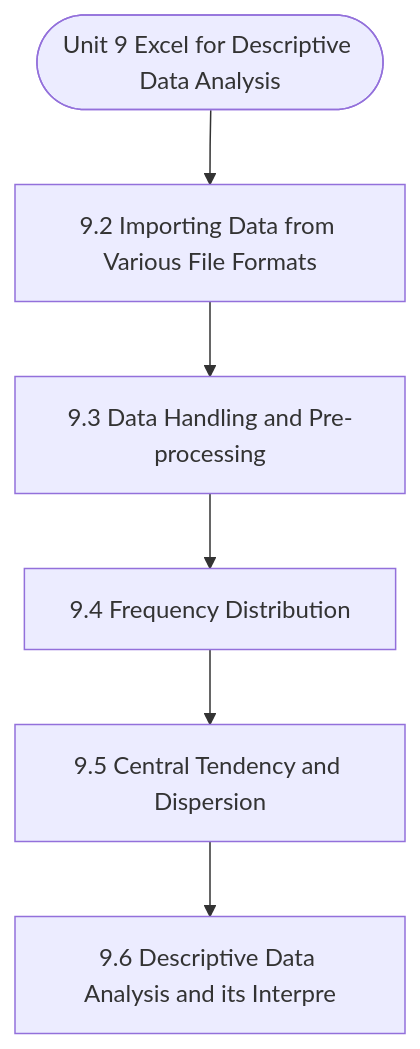
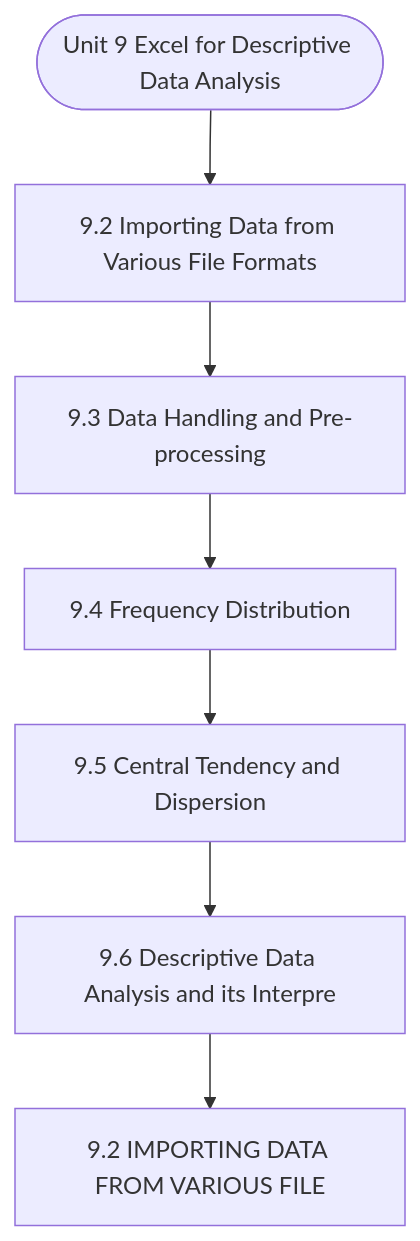
Before and after one commit to Asutosh-Coaching/mscdsa: the diagram in notes/Semester_1/MCS-062_Introduction_to_Data_Science/unit_09_Excel_for_Descriptive_Data_Analysis.md, drawn with Mermaid. The commit also changed other lines of this file and 116 other files, not shown here.

````diff
--- a/notes/Semester_1/MCS-062_Introduction_to_Data_Science/unit_09_Excel_for_Descriptive_Data_Analysis.md
+++ b/notes/Semester_1/MCS-062_Introduction_to_Data_Science/unit_09_Excel_for_Descriptive_Data_Analysis.md
@@ -19,14 +19,16 @@
 ```mermaid
 flowchart TD
   Start(["Unit 9 Excel for Descriptive Data Analysis"])
   N1["9.2 Importing Data from Various File Formats"]
   N2["9.3 Data Handling and Pre-processing"]
   N3["9.4 Frequency Distribution"]
   N4["9.5 Central Tendency and Dispersion"]
   N5["9.6 Descriptive Data Analysis and its Interpre"]
+  N6["9.2 IMPORTING DATA FROM VARIOUS FILE"]
   Start --> N1
   N1 --> N2
   N2 --> N3
   N3 --> N4
   N4 --> N5
+  N5 --> N6
 ```
````
